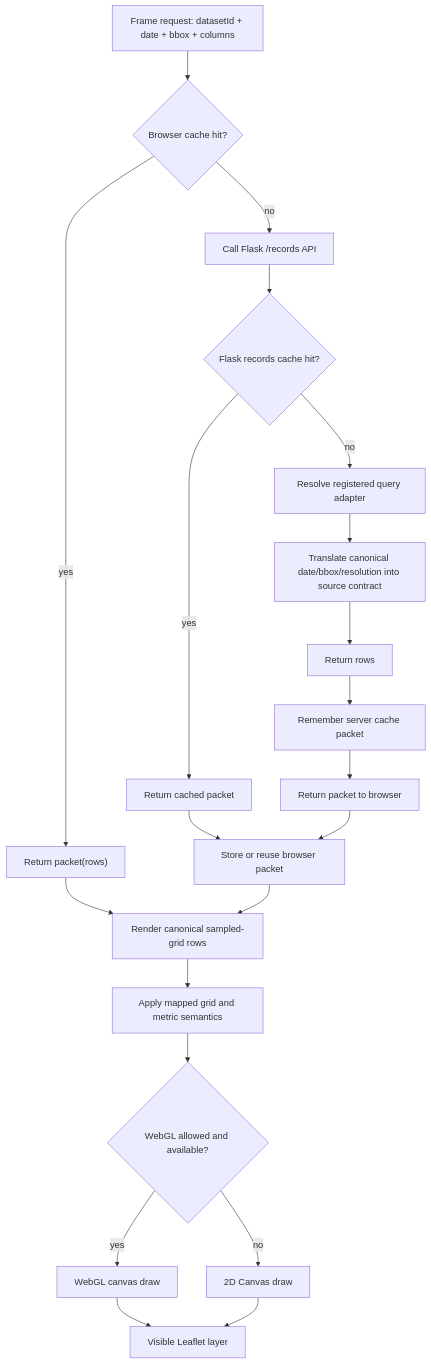
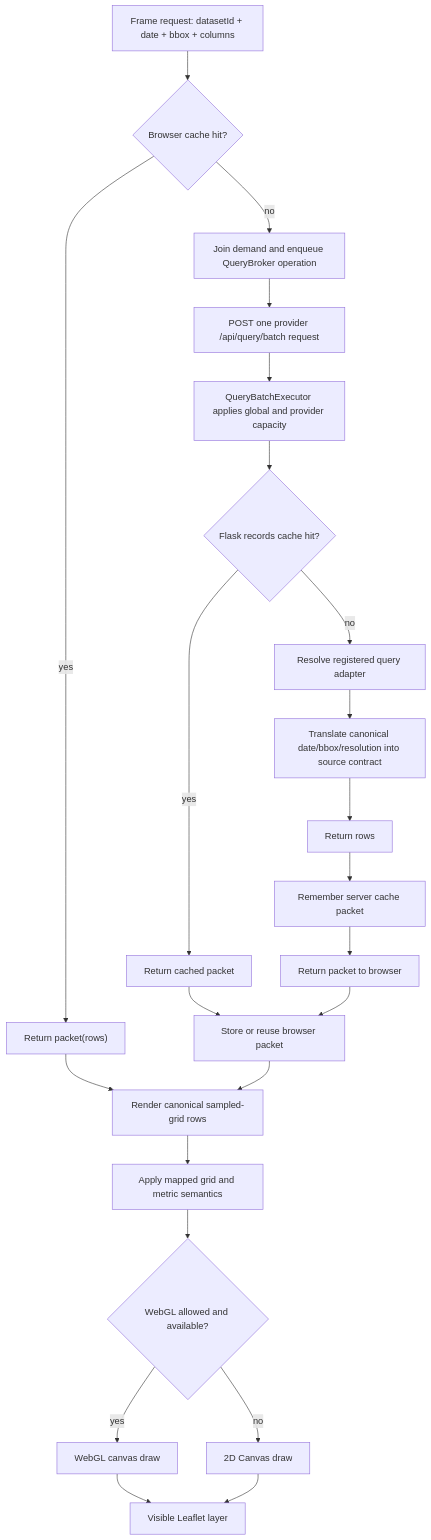
One commit to Kagamihara-Ruruka/gfw-flask-mysql-adapter changed the fourth of 5 diagrams in README.md. Above: the diagram before and after it, drawn with Mermaid. The commit also changed other lines of this file and 25 other files, not shown here.

````diff
--- a/README.md
+++ b/README.md
@@ -397,27 +410,29 @@
 ```mermaid
 flowchart TD
   A["Frame request: datasetId + date + bbox + columns"] --> B{"Browser cache hit?"}
   B -->|yes| C["Return packet(rows)"]
-  B -->|no| D["Call Flask /records API"]
+  B -->|no| D["Join demand and enqueue QueryBroker operation"]
 
-  D --> E{"Flask records cache hit?"}
-  E -->|yes| F["Return cached packet"]
-  E -->|no| G["Resolve registered query adapter"]
+  D --> E["POST one provider /api/query/batch request"]
+  E --> F0["QueryBatchExecutor applies global and provider capacity"]
+  F0 --> F1{"Flask records cache hit?"}
+  F1 -->|yes| F["Return cached packet"]
+  F1 -->|no| G["Resolve registered query adapter"]
 
   G --> H["Translate canonical date/bbox/resolution into source contract"]
   H --> I["Return rows"]
   I --> J["Remember server cache packet"]
   J --> K["Return packet to browser"]
 
   F --> L["Store or reuse browser packet"]
   K --> L
   C --> M["Render canonical sampled-grid rows"]
   L --> M
 
   M --> N["Apply mapped grid and metric semantics"]
   N --> O{"WebGL allowed and available?"}
   O -->|yes| P["WebGL canvas draw"]
   O -->|no| Q["2D Canvas draw"]
   P --> R["Visible Leaflet layer"]
   Q --> R
 ```
````
